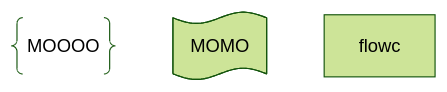
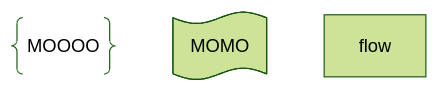
The diagram in slides.md (gerbssusd/dok), drawn with Mermaid (forest theme) before and after one commit.

````diff
--- a/slides.md
+++ b/slides.md
@@ -217,8 +217,8 @@
 ```mermaid
 flowchart TD
     A@{ shape: braces, label: "MOOOO" }
     B@{ shape: flag, label: "MOMO"}
-flowc
+flow
 
 
 ```
````
